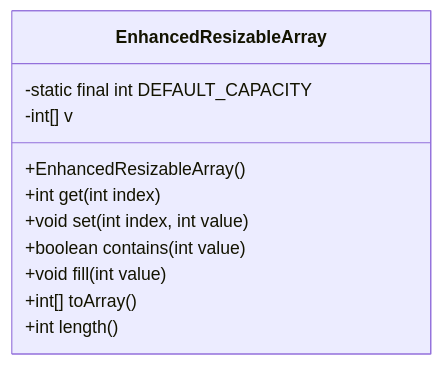
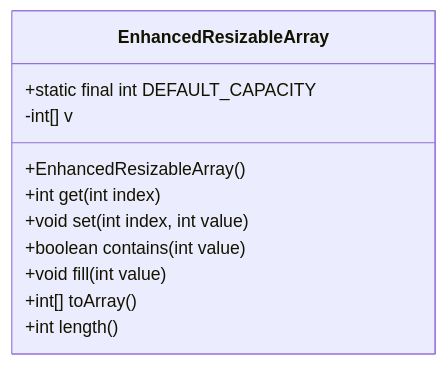
The sixth of 13 diagrams in code/exercises/src/main/java/com/nbicocchi/exercises/oop/README.md (nbicocchi/learn-java-core), drawn with Mermaid before and after one commit. The commit also changed other lines of this file and 7 other files, not shown here.

````diff
--- a/code/exercises/src/main/java/com/nbicocchi/exercises/oop/README.md
+++ b/code/exercises/src/main/java/com/nbicocchi/exercises/oop/README.md
@@ -184,14 +184,14 @@
 ```mermaid
 classDiagram
     class EnhancedResizableArray {
-        -static final int DEFAULT_CAPACITY
+        +static final int DEFAULT_CAPACITY
         -int[] v
         +EnhancedResizableArray()
         +int get(int index)
         +void set(int index, int value)
         +boolean contains(int value)
         +void fill(int value)
         +int[] toArray()
         +int length()
     }
 ```
````
